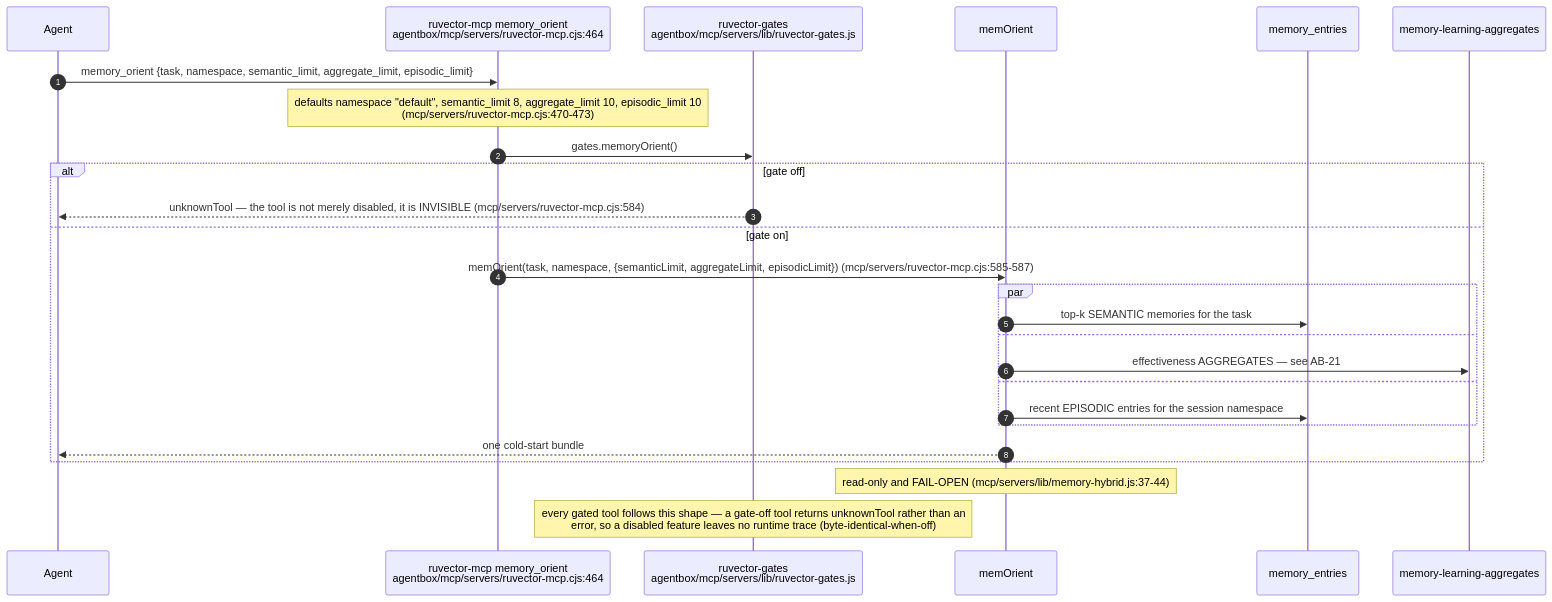
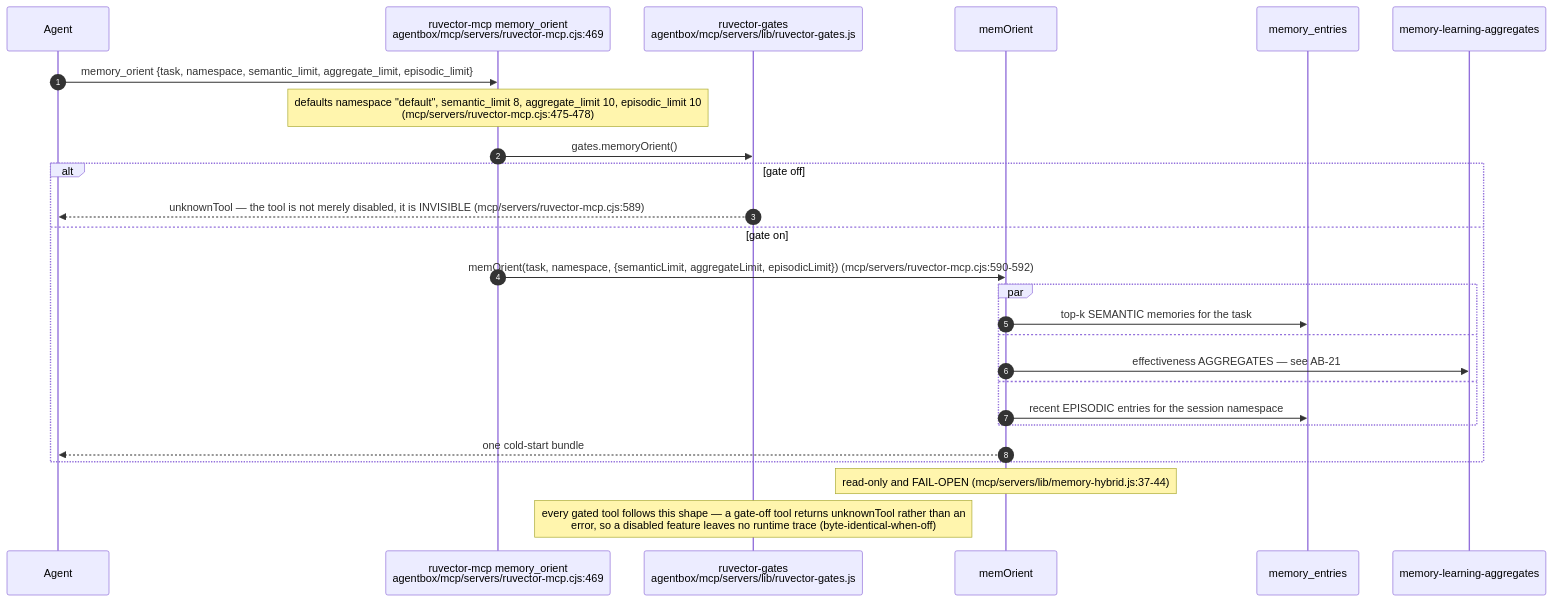
Before and after one commit to DreamLab-AI/VisionFlow: the sixth of 13 diagrams in docs/diagrams/agentbox/20-ruvector-memory-path.md, drawn with Mermaid. The commit also changed other lines of this file and 160 other files, not shown here.

````diff
--- a/docs/diagrams/agentbox/20-ruvector-memory-path.md
+++ b/docs/diagrams/agentbox/20-ruvector-memory-path.md
@@ -231,29 +236,29 @@
 ```mermaid
 sequenceDiagram
     autonumber
     participant AG as Agent
-    participant SRV as ruvector-mcp memory_orient<br/>agentbox/mcp/servers/ruvector-mcp.cjs:464
+    participant SRV as ruvector-mcp memory_orient<br/>agentbox/mcp/servers/ruvector-mcp.cjs:469
     participant G as ruvector-gates<br/>agentbox/mcp/servers/lib/ruvector-gates.js
     participant OR as memOrient
     participant PG as memory_entries
     participant AGG as memory-learning-aggregates
 
     AG->>SRV: memory_orient {task, namespace, semantic_limit, aggregate_limit, episodic_limit}
-    Note over SRV: defaults namespace "default", semantic_limit 8, aggregate_limit 10, episodic_limit 10<br/>(mcp/servers/ruvector-mcp.cjs:470-473)
+    Note over SRV: defaults namespace "default", semantic_limit 8, aggregate_limit 10, episodic_limit 10<br/>(mcp/servers/ruvector-mcp.cjs:475-478)
     SRV->>G: gates.memoryOrient()
     alt gate off
-        G-->>AG: unknownTool — the tool is not merely disabled, it is INVISIBLE (mcp/servers/ruvector-mcp.cjs:584)
+        G-->>AG: unknownTool — the tool is not merely disabled, it is INVISIBLE (mcp/servers/ruvector-mcp.cjs:589)
     else gate on
-        SRV->>OR: memOrient(task, namespace, {semanticLimit, aggregateLimit, episodicLimit}) (mcp/servers/ruvector-mcp.cjs:585-587)
+        SRV->>OR: memOrient(task, namespace, {semanticLimit, aggregateLimit, episodicLimit}) (mcp/servers/ruvector-mcp.cjs:590-592)
         par
             OR->>PG: top-k SEMANTIC memories for the task
         and
             OR->>AGG: effectiveness AGGREGATES — see AB-21
         and
             OR->>PG: recent EPISODIC entries for the session namespace
         end
         OR-->>AG: one cold-start bundle
     end
     Note over OR: read-only and FAIL-OPEN (mcp/servers/lib/memory-hybrid.js:37-44)
     Note over G: every gated tool follows this shape — a gate-off tool returns unknownTool rather than an<br/>error, so a disabled feature leaves no runtime trace (byte-identical-when-off)
 ```
````
